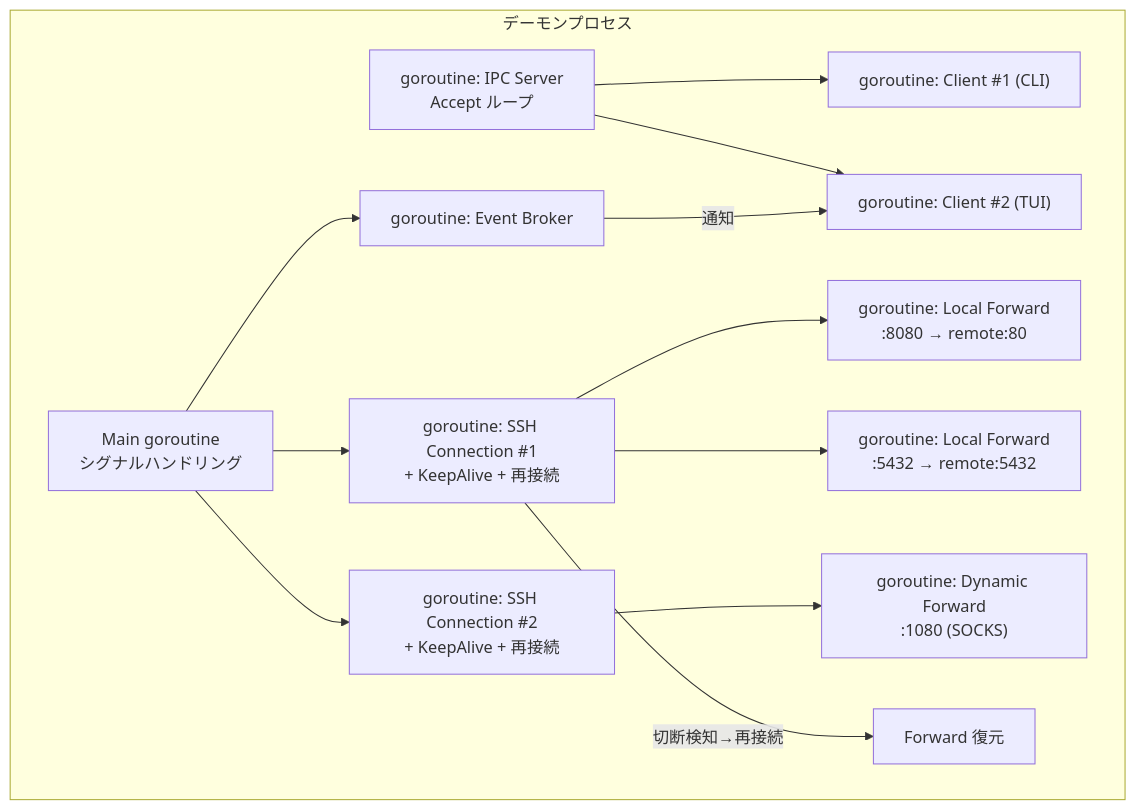
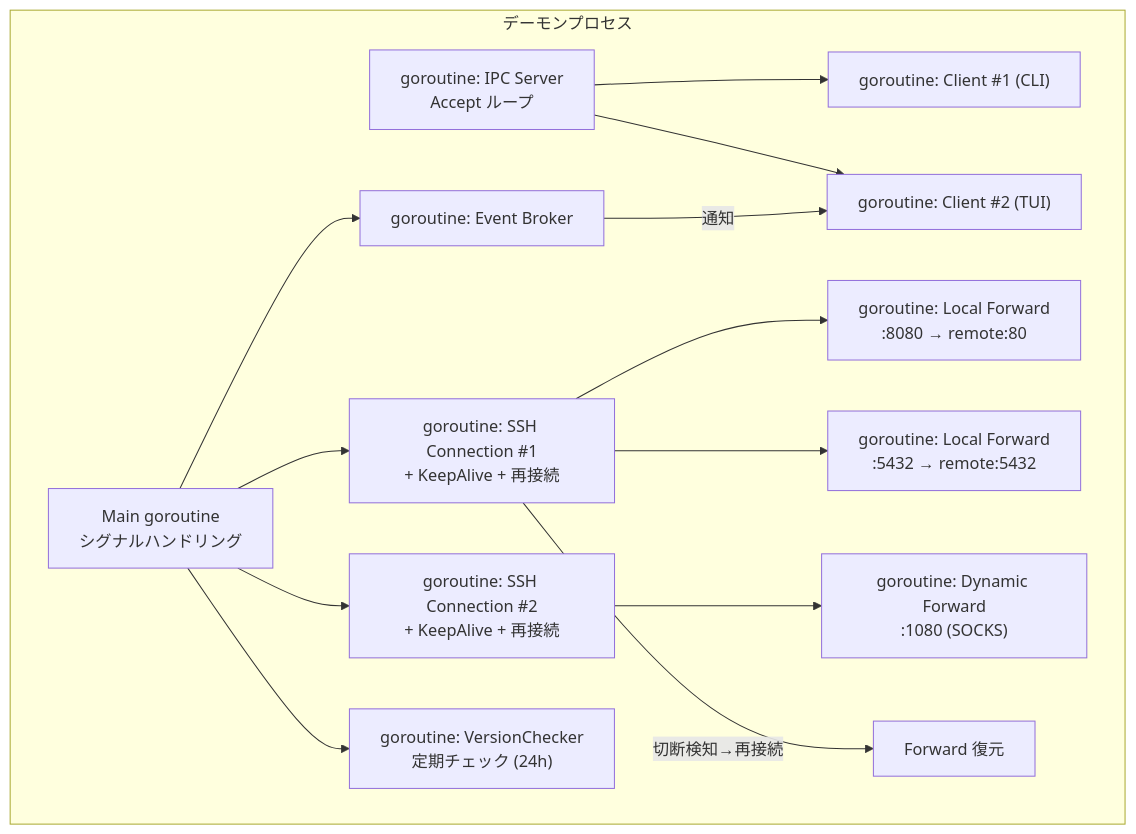
Diagram 20 of 21 in docs/architecture/overview.md (ousiassllc/MolePort), drawn with Mermaid before and after one commit. The commit also changed other lines of this file, not shown here.

````diff
--- a/docs/architecture/overview.md
+++ b/docs/architecture/overview.md
@@ -908,21 +956,22 @@
 ```mermaid
 graph TD
     subgraph Daemon["デーモンプロセス"]
         Main["Main goroutine<br/>シグナルハンドリング"]
         IPC["goroutine: IPC Server<br/>Accept ループ"]
 
         IPC --> Client1["goroutine: Client #1 (CLI)"]
         IPC --> Client2["goroutine: Client #2 (TUI)"]
 
         Main --> Conn1["goroutine: SSH Connection #1<br/>+ KeepAlive + 再接続"]
         Main --> Conn2["goroutine: SSH Connection #2<br/>+ KeepAlive + 再接続"]
         Main --> Broker["goroutine: Event Broker"]
+        Main --> VerCheck["goroutine: VersionChecker<br/>定期チェック (24h)"]
 
         Conn1 --> Fwd1["goroutine: Local Forward<br/>:8080 → remote:80"]
         Conn1 --> Fwd2["goroutine: Local Forward<br/>:5432 → remote:5432"]
         Conn2 --> Fwd3["goroutine: Dynamic Forward<br/>:1080 (SOCKS)"]
 
         Conn1 --> |切断検知→再接続| Restore1["Forward 復元"]
         Broker --> |通知| Client2
     end
 ```
````
